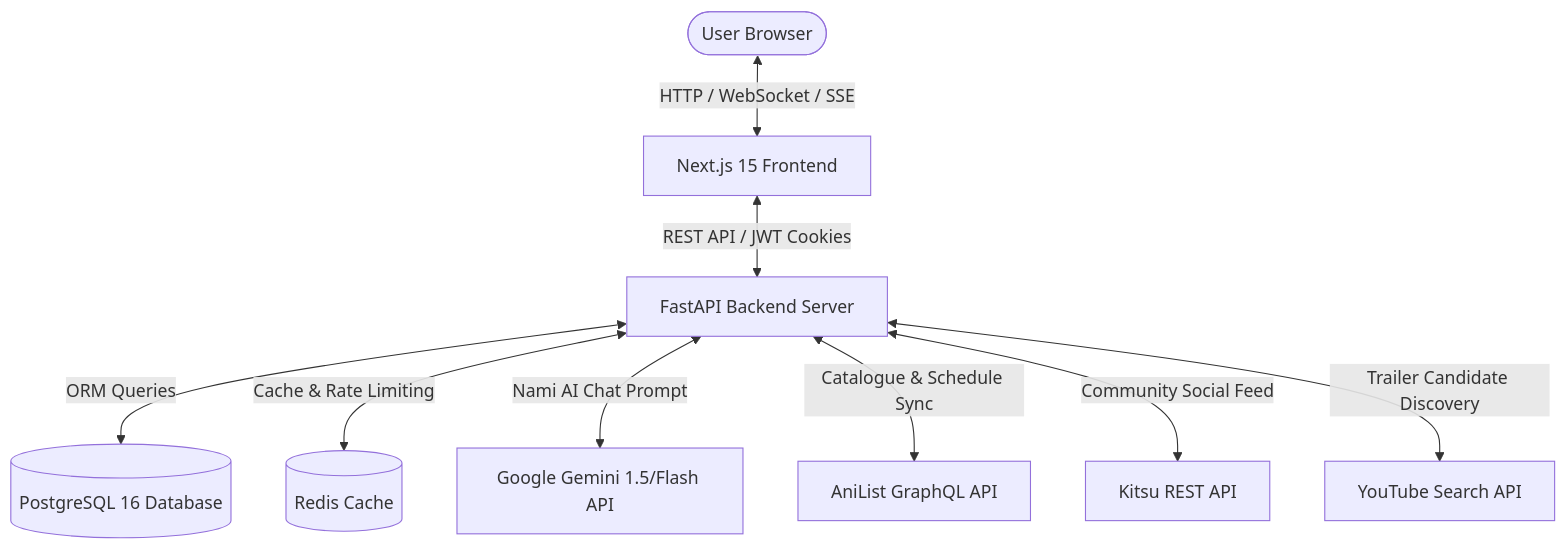
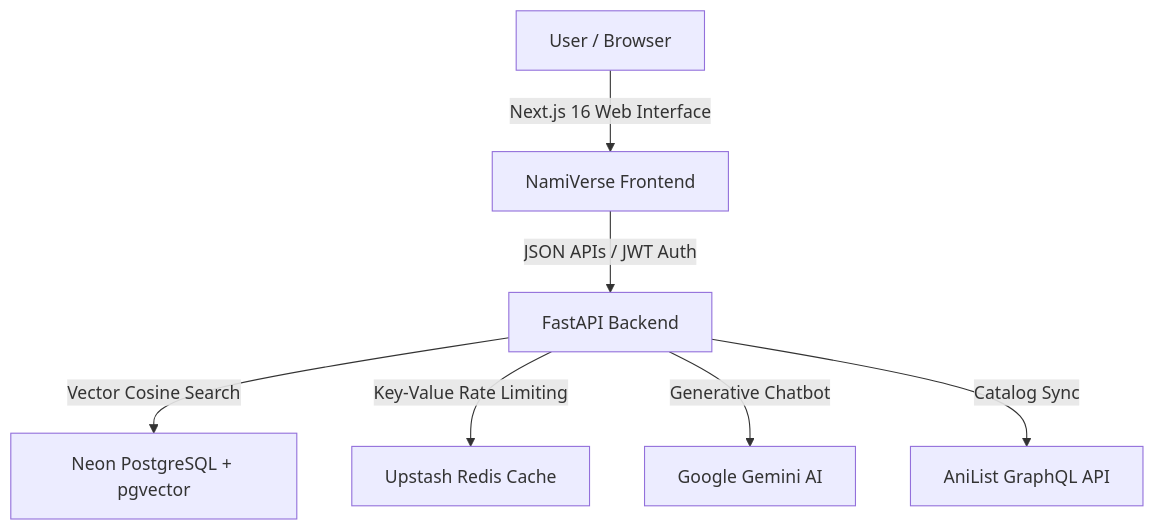
One commit to Aabhash-19/AniVerse changed the diagram in README.md. Above: the diagram before and after it, drawn with Mermaid. The commit also changed other lines of this file, not shown here.

Commit message:
docs: comprehensive README.md update for NamiVerse platform

````diff
--- a/README.md
+++ b/README.md
@@ -61,13 +24,9 @@
 ```mermaid
 graph TD
-    User([User Browser]) <--> |HTTP / WebSocket / SSE| WebApp[Next.js 15 Frontend]
-    WebApp <--> |REST API / JWT Cookies| FastAPI[FastAPI Backend Server]
-    
-    FastAPI <--> |ORM Queries| Postgres[(PostgreSQL 16 Database)]
-    FastAPI <--> |Cache & Rate Limiting| Redis[(Redis Cache)]
-    
-    FastAPI <--> |Nami AI Chat Prompt| Gemini[Google Gemini 1.5/Flash API]
-    FastAPI <--> |Catalogue & Schedule Sync| AniList[AniList GraphQL API]
-    FastAPI <--> |Community Social Feed| Kitsu[Kitsu REST API]
-    FastAPI <--> |Trailer Candidate Discovery| YouTube[YouTube Search API]
+    Client[User / Browser] -->|Next.js 16 Web Interface| App[NamiVerse Frontend]
+    App -->|JSON APIs / JWT Auth| API[FastAPI Backend]
+    API -->|Vector Cosine Search| PG[Neon PostgreSQL + pgvector]
+    API -->|Key-Value Rate Limiting| Redis[Upstash Redis Cache]
+    API -->|Generative Chatbot| Gemini[Google Gemini AI]
+    API -->|Catalog Sync| AniList[AniList GraphQL API]
 ```
````
